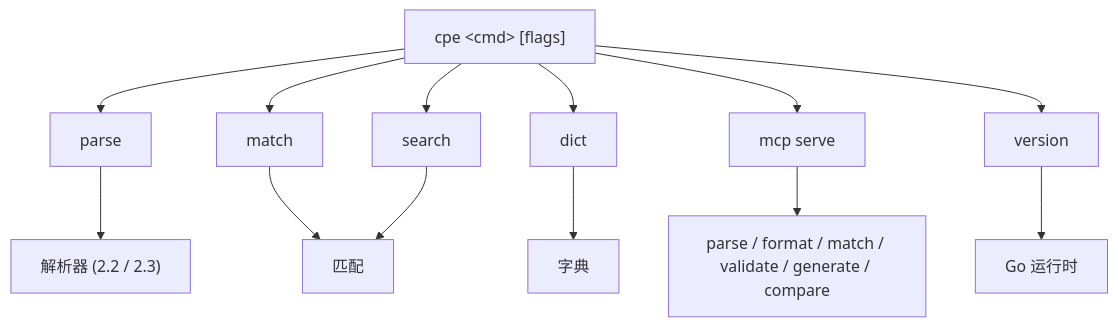
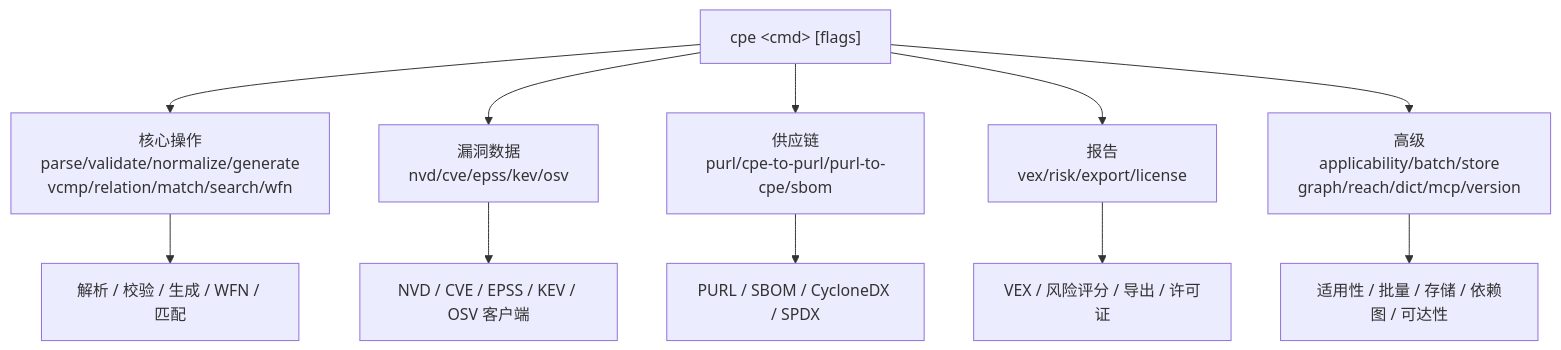
Before and after one commit to scagogogo/cpe: the diagram in website/zh/cli/index.md, drawn with Mermaid. The commit also changed other lines of this file and 6 other files, not shown here.

````diff
--- a/website/zh/cli/index.md
+++ b/website/zh/cli/index.md
@@ -58,16 +106,14 @@
 ```mermaid
 flowchart TD
-    Root["cpe &lt;cmd&gt; [flags]"] --> Parse["parse"]
-    Root --> Match["match"]
-    Root --> Search["search"]
-    Root --> Dict["dict"]
-    Root --> MCP["mcp serve"]
-    Root --> Version["version"]
+    Root["cpe &lt;cmd&gt; [flags]"] --> Core["核心操作<br/>parse/validate/normalize/generate<br/>vcmp/relation/match/search/wfn"]
+    Root --> Vuln["漏洞数据<br/>nvd/cve/epss/kev/osv"]
+    Root --> Supply["供应链<br/>purl/cpe-to-purl/purl-to-cpe/sbom"]
+    Root --> Report["报告<br/>vex/risk/export/license"]
+    Root --> Adv["高级<br/>applicability/batch/store<br/>graph/reach/dict/mcp/version"]
 
-    Parse --> LibP["解析器 (2.2 / 2.3)"]
-    Match --> LibM["匹配"]
-    Search --> LibM
-    Dict --> LibD["字典"]
-    MCP --> LibAll["parse / format / match / validate / generate / compare"]
-    Version --> Runtime["Go 运行时"]
+    Core --> LibP["解析 / 校验 / 生成 / WFN / 匹配"]
+    Vuln --> LibV["NVD / CVE / EPSS / KEV / OSV 客户端"]
+    Supply --> LibS["PURL / SBOM / CycloneDX / SPDX"]
+    Report --> LibR["VEX / 风险评分 / 导出 / 许可证"]
+    Adv --> LibA["适用性 / 批量 / 存储 / 依赖图 / 可达性"]
 ```
````
